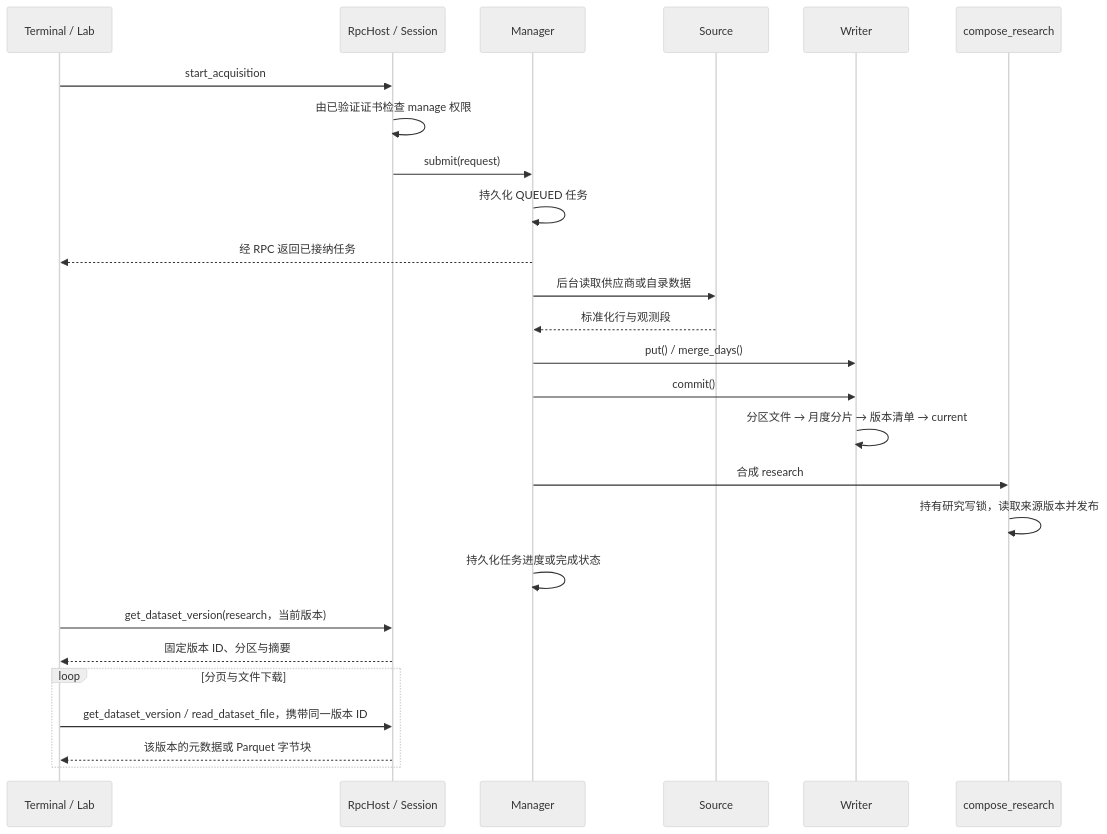
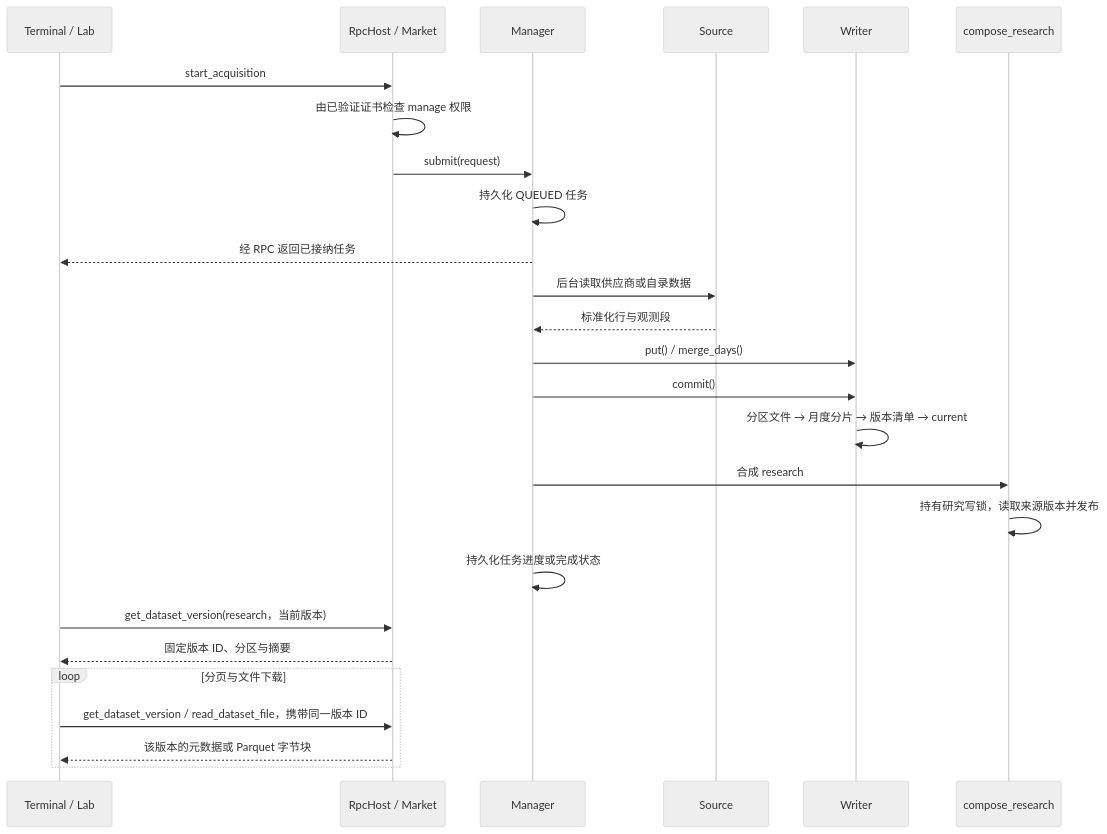
The fifth of 5 diagrams in docs/market-design.md (isqiwen/asterion-terminal), drawn with Mermaid (neutral theme) before and after one commit. The commit also changed other lines of this file and 1 other file, not shown here.

Commit message:
M3.37: describe the new Market structure in the developer guide

````diff
--- a/docs/market-design.md
+++ b/docs/market-design.md
@@ -162,28 +175,28 @@
 ```mermaid
 sequenceDiagram
     participant Client as Terminal / Lab
-    participant RPC as RpcHost / Session
+    participant RPC as RpcHost / Market
     participant Manager
     participant Source
     participant Writer
     participant Research as compose_research
     Client->>RPC: start_acquisition
     RPC->>RPC: 由已验证证书检查 manage 权限
     RPC->>Manager: submit(request)
     Manager->>Manager: 持久化 QUEUED 任务
     Manager-->>Client: 经 RPC 返回已接纳任务
     Manager->>Source: 后台读取供应商或自录数据
     Source-->>Manager: 标准化行与观测段
     Manager->>Writer: put() / merge_days()
     Manager->>Writer: commit()
     Writer->>Writer: 分区文件 → 月度分片 → 版本清单 → current
     Manager->>Research: 合成 research
     Research->>Research: 持有研究写锁，读取来源版本并发布
     Manager->>Manager: 持久化任务进度或完成状态
     Client->>RPC: get_dataset_version(research，当前版本)
     RPC-->>Client: 固定版本 ID、分区与摘要
     loop 分页与文件下载
         Client->>RPC: get_dataset_version / read_dataset_file，携带同一版本 ID
         RPC-->>Client: 该版本的元数据或 Parquet 字节块
     end
 ```
````
